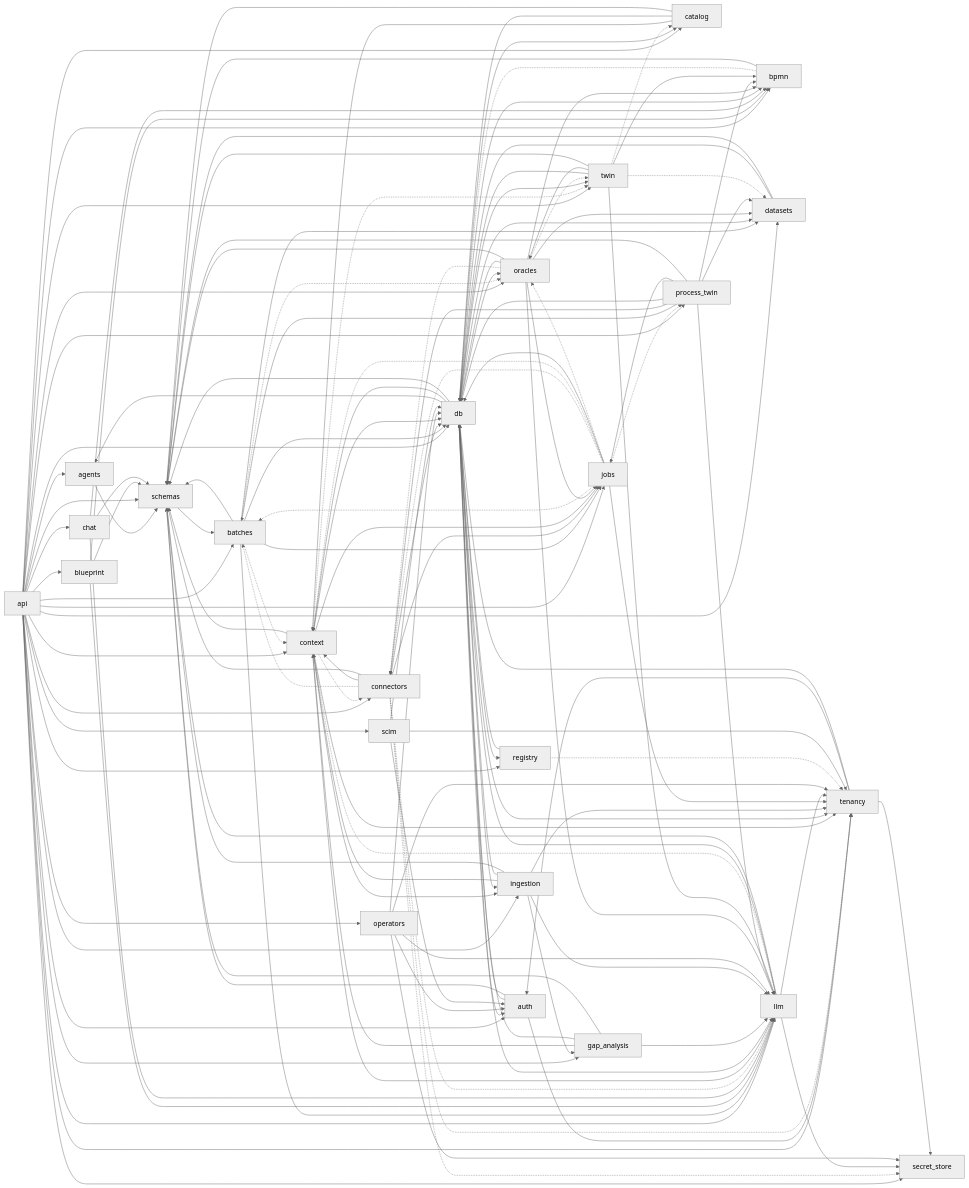
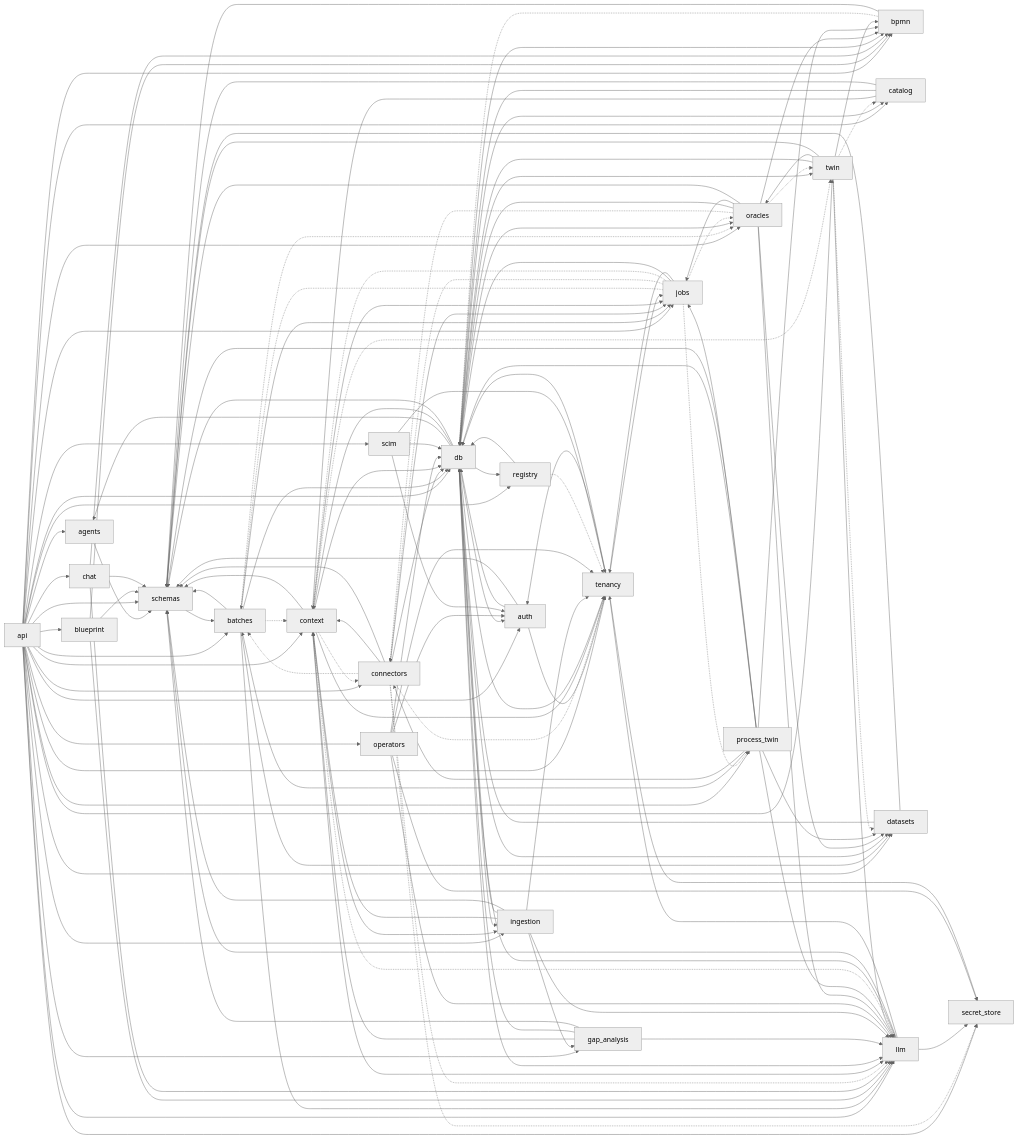
The third of 8 diagrams in docs/wiki/Architecture.md (jayendukumar/agentify), drawn with Mermaid (neutral theme) before and after one commit. The commit also changed other lines of this file and 50 other files, not shown here.

```diff
--- a/docs/wiki/Architecture.md
+++ b/docs/wiki/Architecture.md
@@ -251,6 +251,7 @@
     scim --> tenancy
     tenancy --> auth
     tenancy --> db
+    tenancy --> jobs
     tenancy --> secret_store
     twin --> bpmn
     twin -.-> catalog
```
